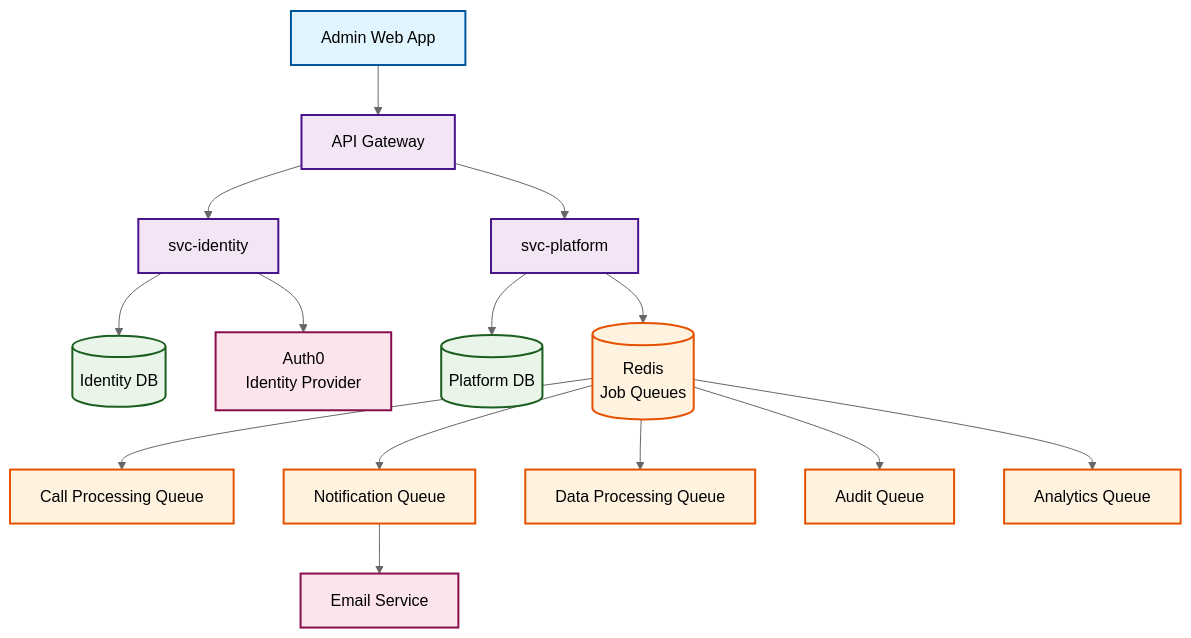
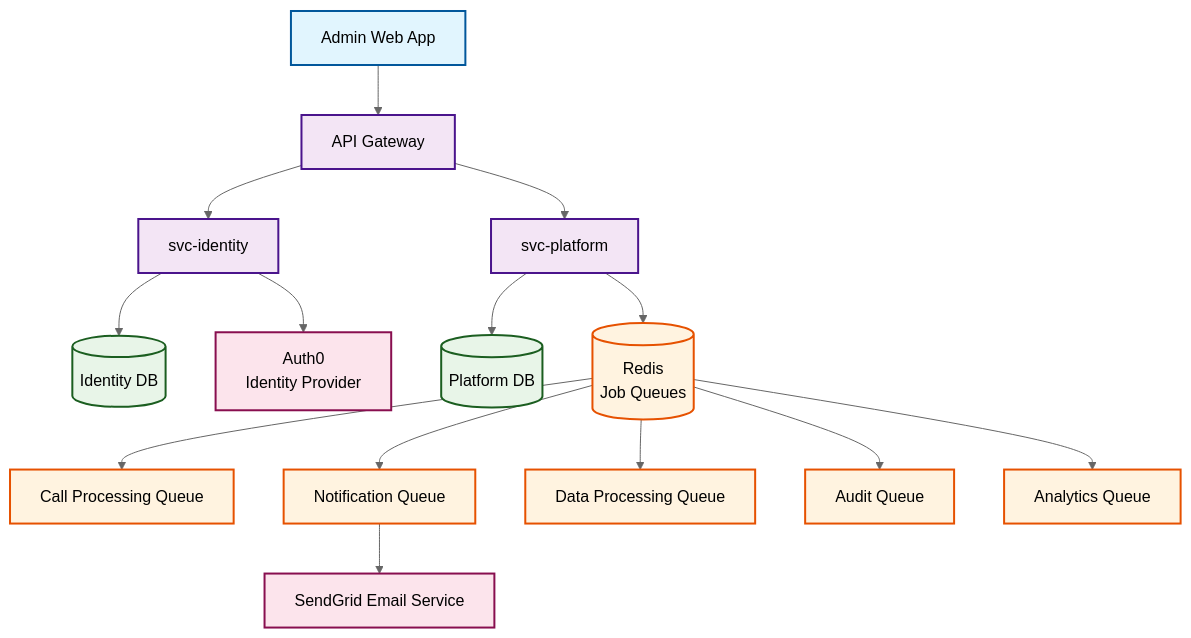
Before and after one commit to jessicadsewell/rfcs: the diagram in mae-outreach-system/services.md, drawn with Mermaid (neutral theme). The commit also changed other lines of this file and 4 other files, not shown here.

````diff
--- a/mae-outreach-system/services.md
+++ b/mae-outreach-system/services.md
@@ -9,67 +9,67 @@
 ```mermaid
 %%{init: {"flowchart": {"htmlLabels": false}} }%%
 graph TB
     %% Client Applications
     AdminWeb[Admin Web App]
 
     %% API Gateway
     Gateway[API Gateway]
 
     %% Microservices
     Identity[svc-identity]
     Platform[svc-platform]
 
     %% Databases
     IdentityDB[(Identity DB)]
     PlatformDB[(Platform DB)]
 
     %% Job Queues
     Redis[(Redis\nJob Queues)]
     CallQueue[Call Processing Queue]
     NotifQueue[Notification Queue]
     DataQueue[Data Processing Queue]
     AuditQueue[Audit Queue]
     AnalyticsQueue[Analytics Queue]
 
     %% External Services
     Auth0[Auth0\nIdentity Provider]
-    Email[Email Service]
+    Email[SendGrid Email Service]
 
     %% Client to Gateway
     AdminWeb --> Gateway
 
     %% Gateway to Services
     Gateway --> Identity
     Gateway --> Platform
 
     %% Service to Database
     Identity --> IdentityDB
     Platform --> PlatformDB
 
     %% Service to External Auth
     Identity --> Auth0
 
     %% Platform to Queues
     Platform --> Redis
     Redis --> CallQueue
     Redis --> NotifQueue
     Redis --> DataQueue
     Redis --> AuditQueue
     Redis --> AnalyticsQueue
 
     %% Queue to External Services
     NotifQueue --> Email
 
     %% Styling
     classDef clientApp fill:#e1f5fe,stroke:#01579b,stroke-width:2px
     classDef service fill:#f3e5f5,stroke:#4a148c,stroke-width:2px
     classDef database fill:#e8f5e8,stroke:#1b5e20,stroke-width:2px
     classDef queue fill:#fff3e0,stroke:#e65100,stroke-width:2px
     classDef external fill:#fce4ec,stroke:#880e4f,stroke-width:2px
 
     class AdminWeb clientApp
     class Gateway,Identity,Platform service
     class IdentityDB,PlatformDB database
     class Redis,CallQueue,NotifQueue,DataQueue,AuditQueue,AnalyticsQueue queue
     class Auth0,Email external
 ```
````
